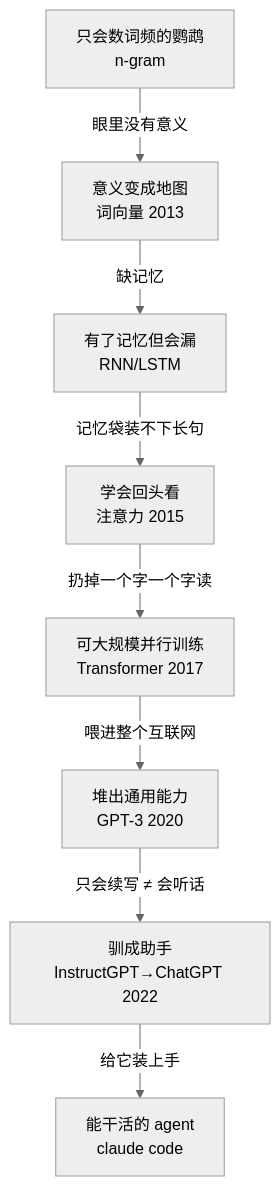
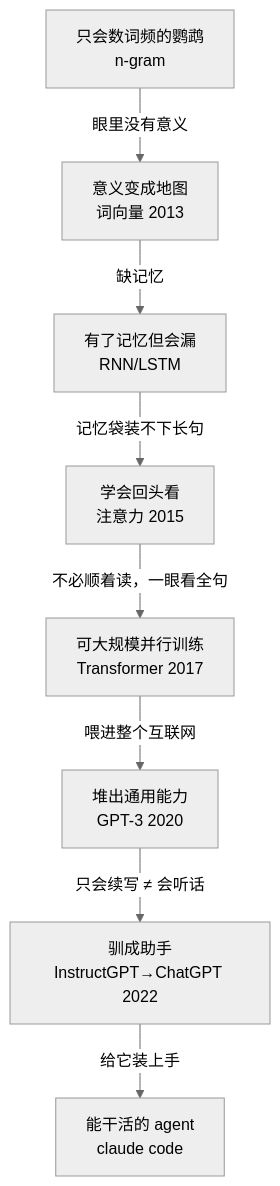
The diagram in topics/ai-llm/q1.md (zombiecd/deep-learning), drawn with Mermaid (neutral theme) before and after one commit. The commit also changed other lines of this file and 3 other files, not shown here.

````diff
--- a/topics/ai-llm/q1.md
+++ b/topics/ai-llm/q1.md
@@ -45,10 +45,10 @@
 ```mermaid
 flowchart TD
     A["只会数词频的鹦鹉<br/>n-gram"] -->|"眼里没有意义"| B["意义变成地图<br/>词向量 2013"]
     B -->|"缺记忆"| C["有了记忆但会漏<br/>RNN/LSTM"]
     C -->|"记忆袋装不下长句"| D["学会回头看<br/>注意力 2015"]
-    D -->|"扔掉一个字一个字读"| E["可大规模并行训练<br/>Transformer 2017"]
+    D -->|"不必顺着读，一眼看全句"| E["可大规模并行训练<br/>Transformer 2017"]
     E -->|"喂进整个互联网"| F["堆出通用能力<br/>GPT-3 2020"]
     F -->|"只会续写 ≠ 会听话"| G["驯成助手<br/>InstructGPT→ChatGPT 2022"]
     G -->|"给它装上手"| H["能干活的 agent<br/>claude code"]
 ```
````
